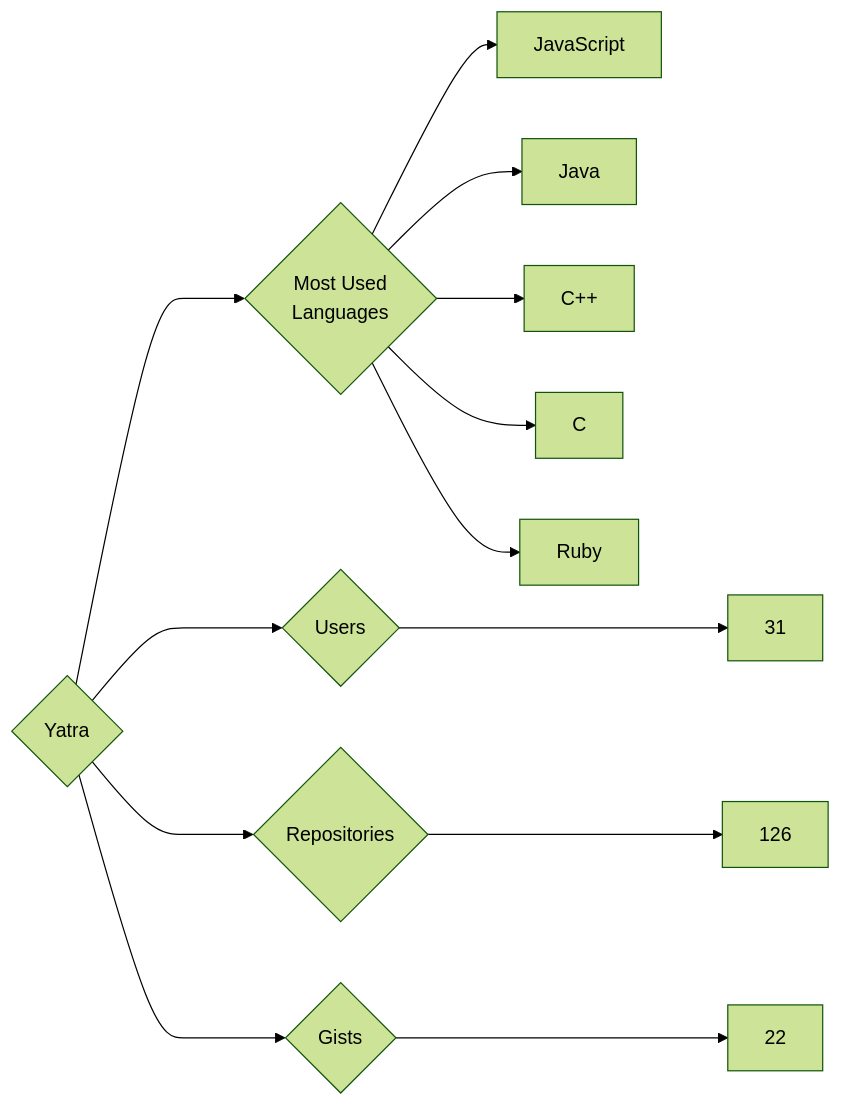
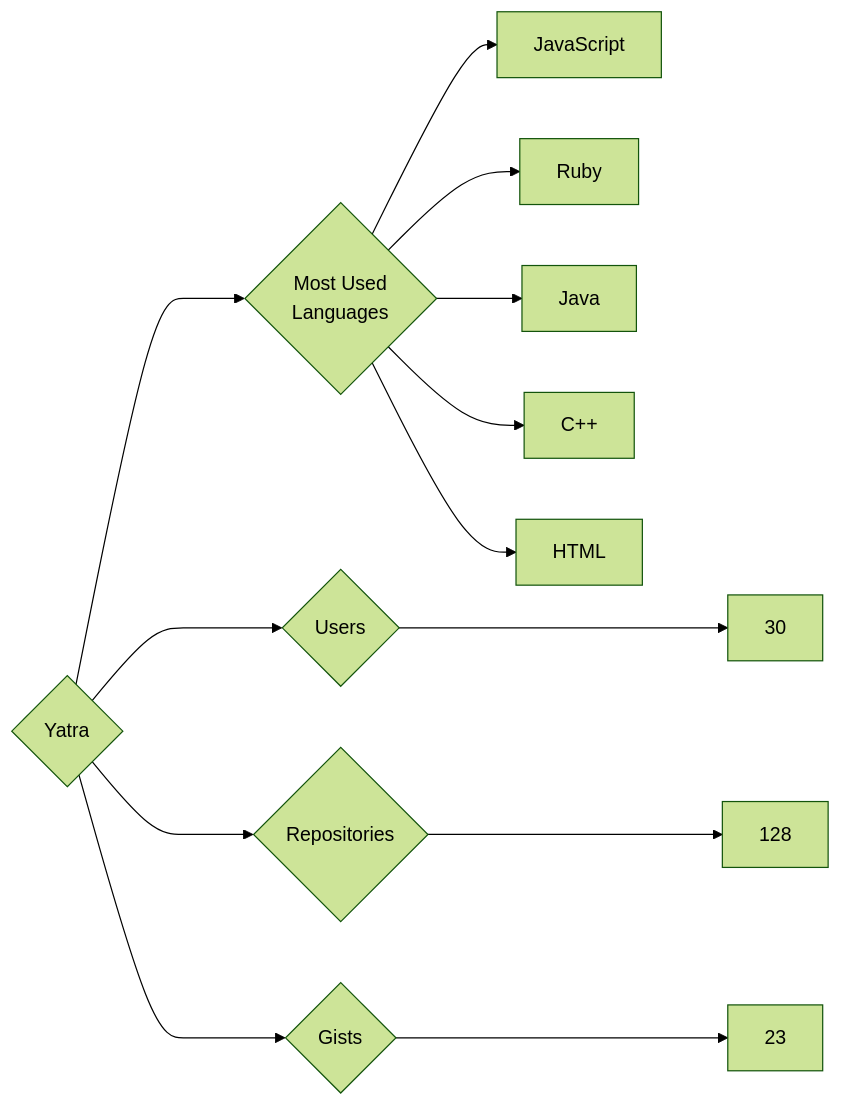
Before and after one commit to trickest/insiders: the diagram in targets/Yatra/README.md, drawn with Mermaid (forest theme). The commit also changed 878 other files, not shown here.

````diff
--- a/targets/Yatra/README.md
+++ b/targets/Yatra/README.md
@@ -3,13 +3,13 @@
 ```mermaid
 graph LR
 COMPANY_NAME{Yatra}
-COMPANY_NAME ---> U{Users} ---> UN[31]
-COMPANY_NAME ---> R{Repositories} ---> RN[126]
-COMPANY_NAME ---> G{Gists} ---> GN[22]
+COMPANY_NAME ---> U{Users} ---> UN[30]
+COMPANY_NAME ---> R{Repositories} ---> RN[128]
+COMPANY_NAME ---> G{Gists} ---> GN[23]
 COMPANY_NAME ---> ML{Most Used<br>Languages}
 ML --> JavaScript[JavaScript]
+ML --> Ruby[Ruby]
 ML --> Java[Java]
 ML --> C++[C++]
-ML --> C[C]
-ML --> Ruby[Ruby]
+ML --> HTML[HTML]
 ```
````
